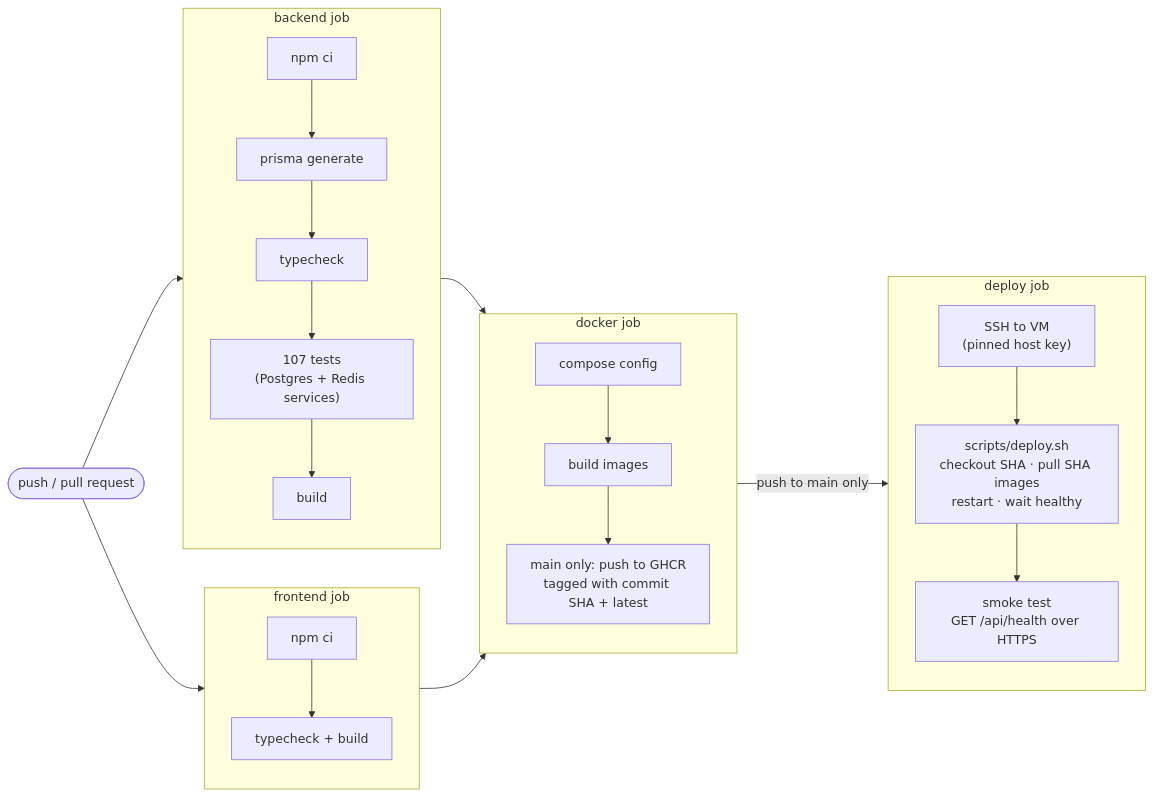
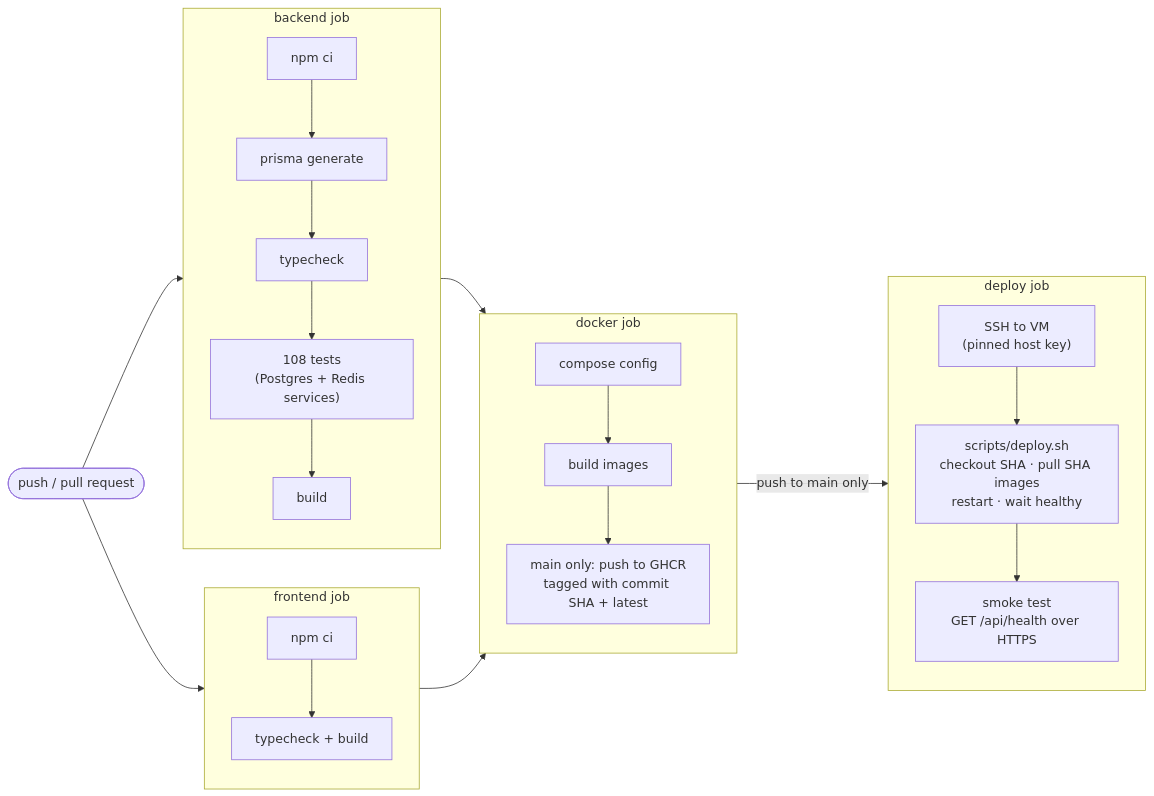
One commit to ashutosh-lodha/UptimeHQ changed the tenth of 11 diagrams in README.md. Above: the diagram before and after it, drawn with Mermaid. The commit also changed other lines of this file and 7 other files, not shown here.

````diff
--- a/README.md
+++ b/README.md
@@ -724,18 +724,18 @@
 ```mermaid
 flowchart LR
     push(["push / pull request"]) --> be & fe
     subgraph be["backend job"]
-        b1["npm ci"] --> b2["prisma generate"] --> b3["typecheck"] --> b4["107 tests<br/>(Postgres + Redis services)"] --> b5["build"]
+        b1["npm ci"] --> b2["prisma generate"] --> b3["typecheck"] --> b4["108 tests<br/>(Postgres + Redis services)"] --> b5["build"]
     end
     subgraph fe["frontend job"]
         f1["npm ci"] --> f2["typecheck + build"]
     end
     be & fe --> dk
     subgraph dk["docker job"]
         d1["compose config"] --> d2["build images"] --> d3["main only: push to GHCR<br/>tagged with commit SHA + latest"]
     end
     dk -->|"push to main only"| dp
     subgraph dp["deploy job"]
         p1["SSH to VM<br/>(pinned host key)"] --> p2["scripts/deploy.sh<br/>checkout SHA · pull SHA images<br/>restart · wait healthy"] --> p3["smoke test<br/>GET /api/health over HTTPS"]
     end
 ```
````
